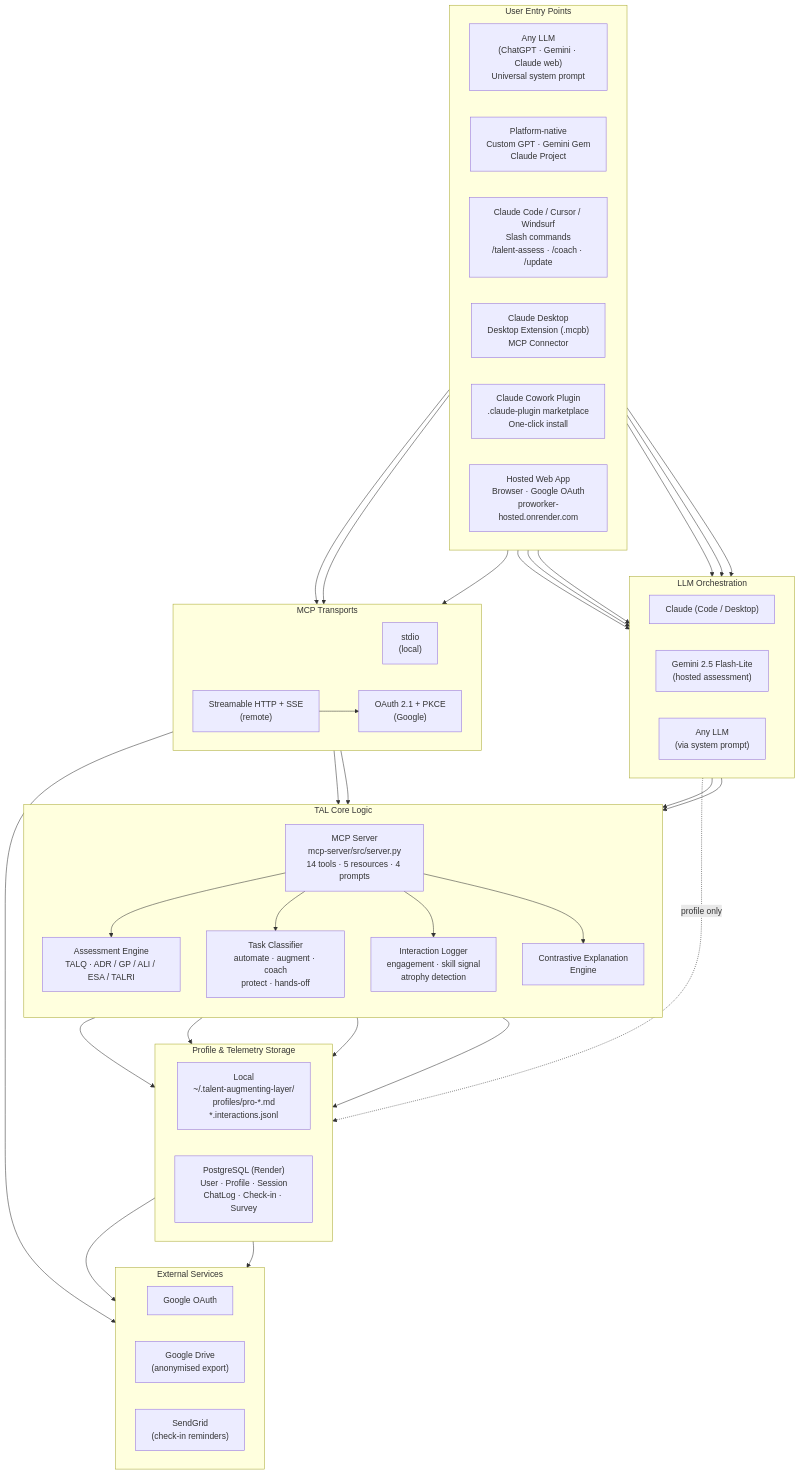
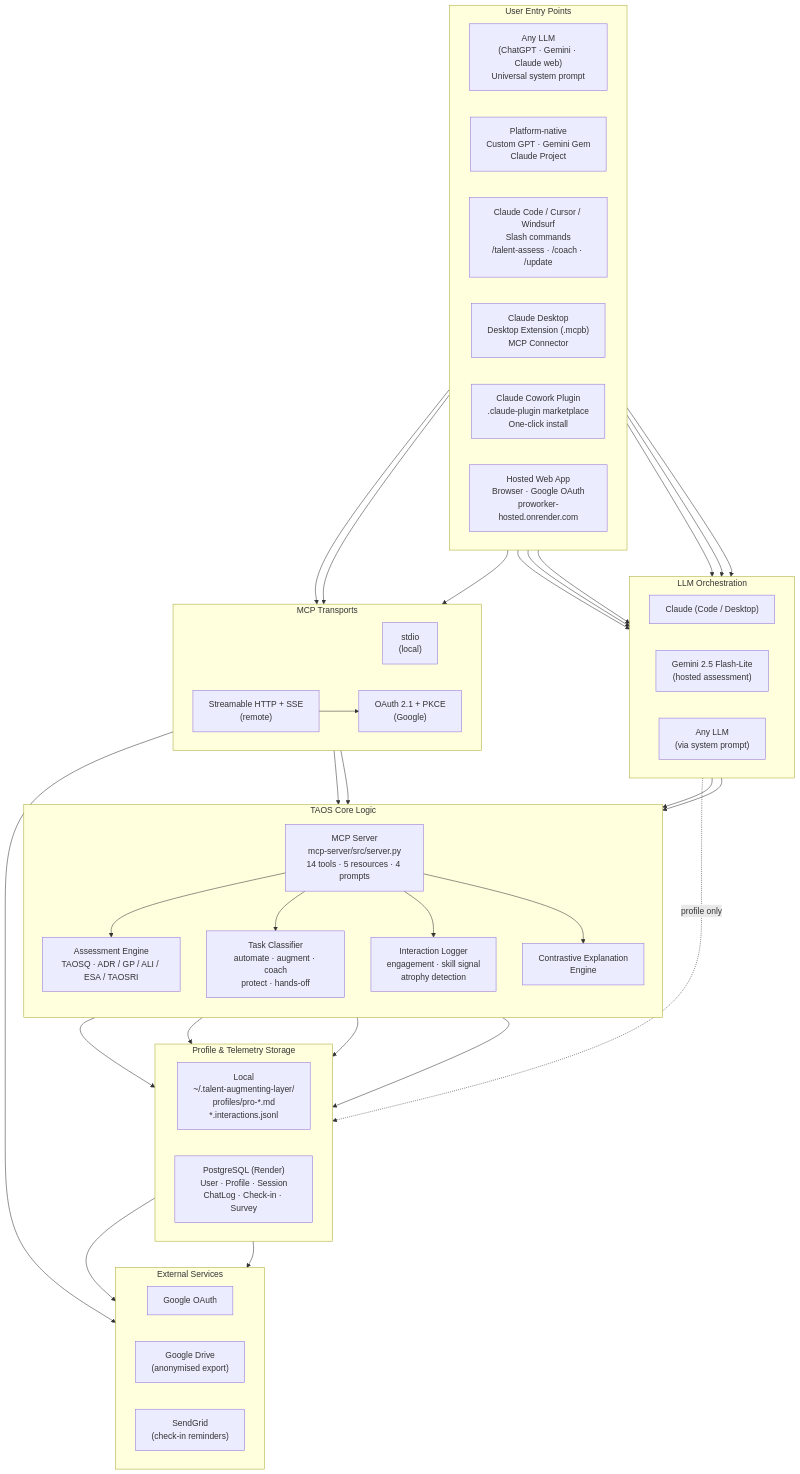
One commit to angelo-leone/talent-augmenting-layer changed the diagram in docs/ARCHITECTURE.md. Above: the diagram before and after it, drawn with Mermaid. The commit also changed other lines of this file and 85 other files, not shown here.

```diff
--- a/docs/ARCHITECTURE.md
+++ b/docs/ARCHITECTURE.md
@@ -27,11 +27,11 @@
     L3["Any LLM<br/>(via system prompt)"]
   end
 
-  %% ───────── TAL Core ─────────
-  subgraph CORE["TAL Core Logic"]
+  %% ───────── TAOS Core ─────────
+  subgraph CORE["TAOS Core Logic"]
     direction TB
     MCP["MCP Server<br/>mcp-server/src/server.py<br/>14 tools · 5 resources · 4 prompts"]
-    ASSESS["Assessment Engine<br/>TALQ · ADR / GP / ALI / ESA / TALRI"]
+    ASSESS["Assessment Engine<br/>TAOSQ · ADR / GP / ALI / ESA / TAOSRI"]
     CLASSIFY["Task Classifier<br/>automate · augment · coach<br/>protect · hands-off"]
     TRACK["Interaction Logger<br/>engagement · skill signal<br/>atrophy detection"]
     CONTRAST["Contrastive Explanation<br/>Engine"]
```
